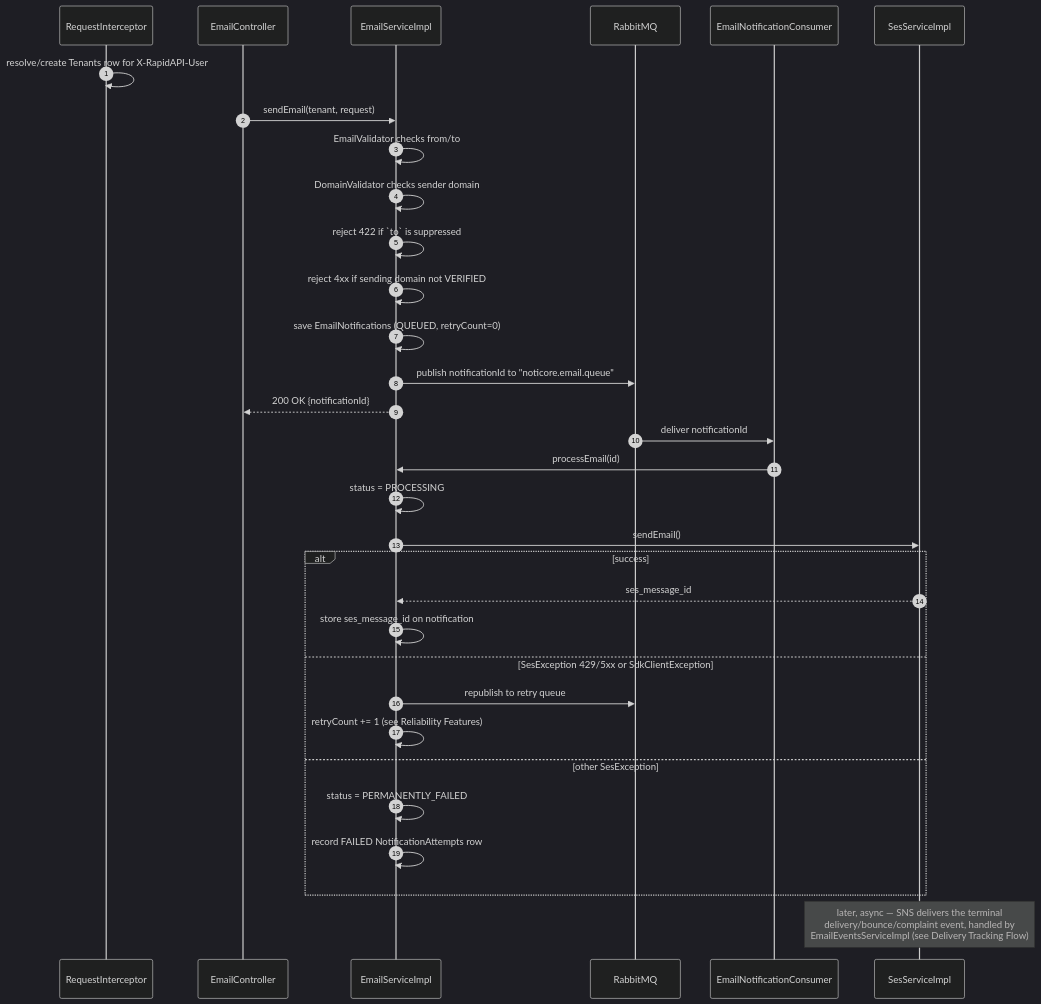
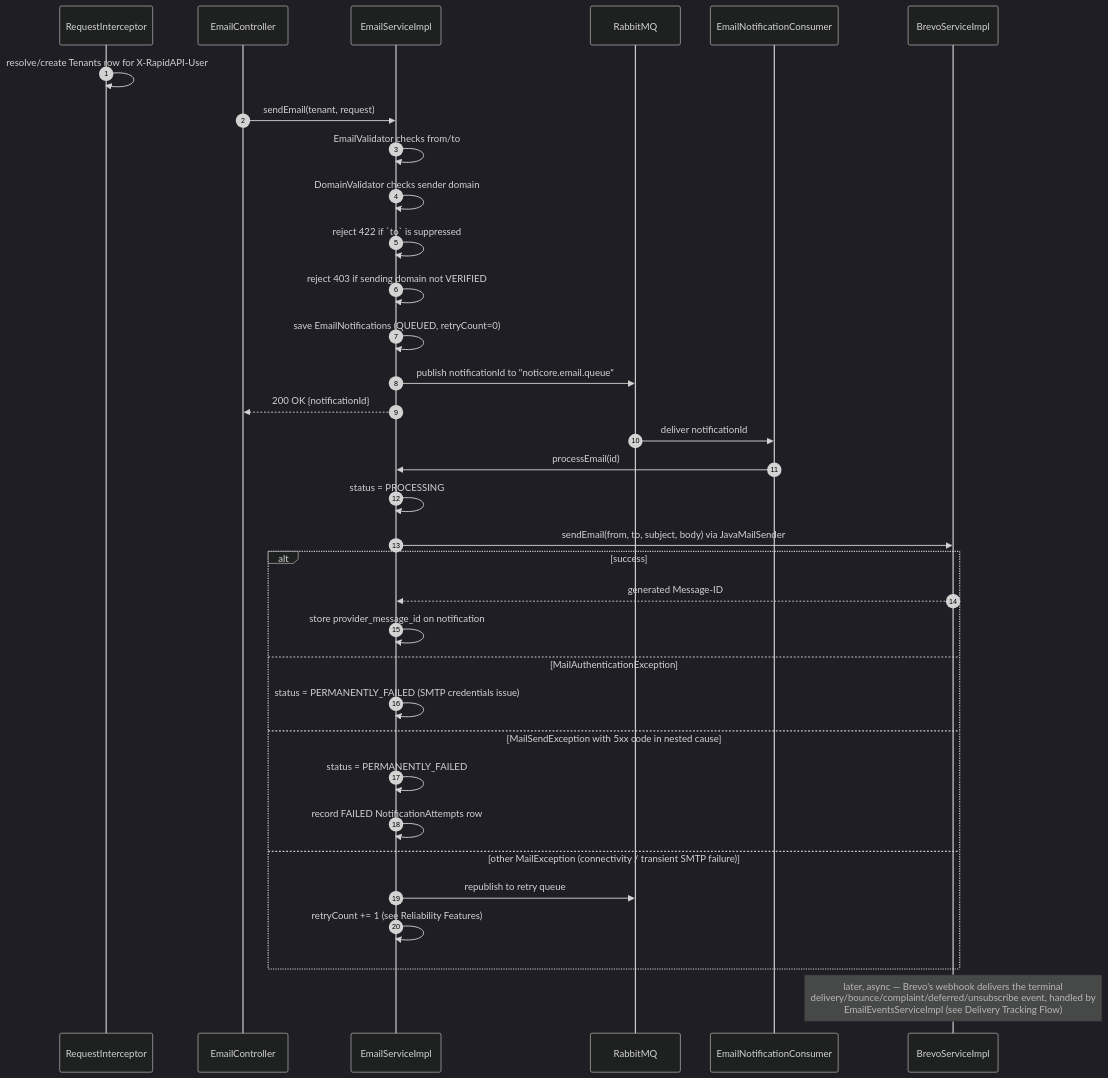
The seventh of 9 diagrams in README.md (Kiranvora17/noticore-api), drawn with Mermaid (dark theme) before and after one commit. The commit also changed other lines of this file, not shown here.

First line of the commit message:
Update README to reflect Brevo migration and new pre-release features

````diff
--- a/README.md
+++ b/README.md
@@ -253,35 +269,37 @@
 ```mermaid
 sequenceDiagram
     autonumber
     participant RI as RequestInterceptor
     participant EC as EmailController
     participant ES as EmailServiceImpl
     participant MQ as RabbitMQ
     participant Cons as EmailNotificationConsumer
-    participant SES as SesServiceImpl
+    participant Brevo as BrevoServiceImpl
 
     RI->>RI: resolve/create Tenants row for X-RapidAPI-User
     EC->>ES: sendEmail(tenant, request)
     ES->>ES: EmailValidator checks from/to
     ES->>ES: DomainValidator checks sender domain
     ES->>ES: reject 422 if `to` is suppressed
-    ES->>ES: reject 4xx if sending domain not VERIFIED
+    ES->>ES: reject 403 if sending domain not VERIFIED
     ES->>ES: save EmailNotifications (QUEUED, retryCount=0)
     ES->>MQ: publish notificationId to "noticore.email.queue"
     ES-->>EC: 200 OK {notificationId}
     MQ->>Cons: deliver notificationId
     Cons->>ES: processEmail(id)
     ES->>ES: status = PROCESSING
-    ES->>SES: sendEmail()
+    ES->>Brevo: sendEmail(from, to, subject, body) via JavaMailSender
     alt success
-        SES-->>ES: ses_message_id
-        ES->>ES: store ses_message_id on notification
-    else SesException 429/5xx or SdkClientException
+        Brevo-->>ES: generated Message-ID
+        ES->>ES: store provider_message_id on notification
+    else MailAuthenticationException
+        ES->>ES: status = PERMANENTLY_FAILED (SMTP credentials issue)
+    else MailSendException with 5xx code in nested cause
+        ES->>ES: status = PERMANENTLY_FAILED
+        ES->>ES: record FAILED NotificationAttempts row
+    else other MailException (connectivity / transient SMTP failure)
         ES->>MQ: republish to retry queue
         ES->>ES: retryCount += 1 (see Reliability Features)
-    else other SesException
-        ES->>ES: status = PERMANENTLY_FAILED
-        ES->>ES: record FAILED NotificationAttempts row
     end
-    Note over SES: later, async — SNS delivers the terminal<br/>delivery/bounce/complaint event, handled by<br/>EmailEventsServiceImpl (see Delivery Tracking Flow)
+    Note over Brevo: later, async — Brevo's webhook delivers the terminal<br/>delivery/bounce/complaint/deferred/unsubscribe event, handled by<br/>EmailEventsServiceImpl (see Delivery Tracking Flow)
 ```
````
